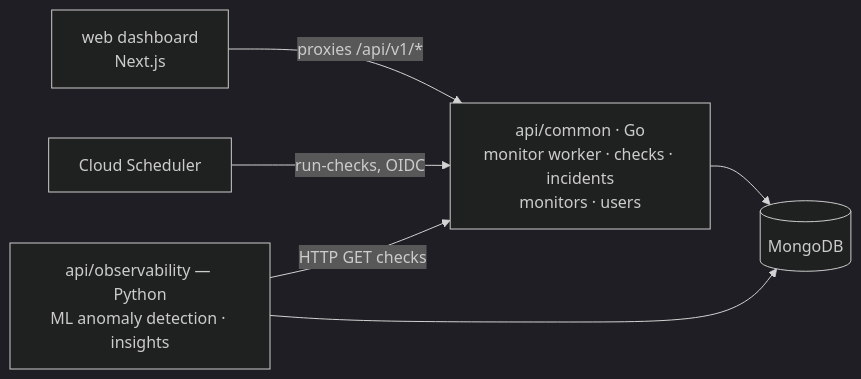
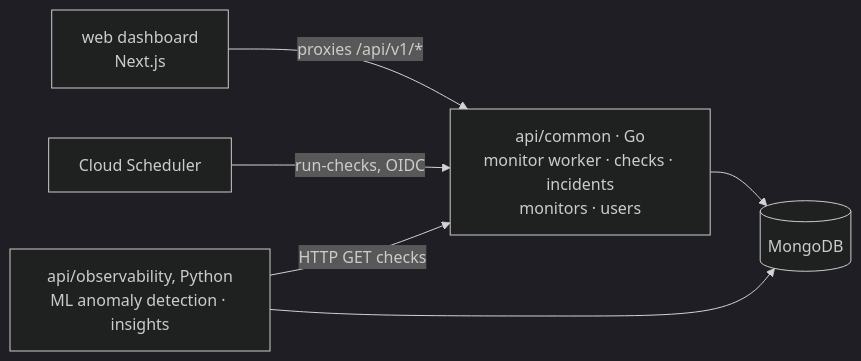
One commit to cuesoftinc/upstat changed the diagram in docs/overview.md. Above: the diagram before and after it, drawn with Mermaid (dark theme). The commit also changed other lines of this file and 24 other files, not shown here.

````diff
--- a/docs/overview.md
+++ b/docs/overview.md
@@ -9,8 +9,8 @@
 ```mermaid
 flowchart LR
     WEB[web dashboard<br/>Next.js] -->|proxies /api/v1/*| AC[api/common · Go<br/>monitor worker · checks · incidents<br/>monitors · users]
     SCH[Cloud Scheduler] -->|run-checks, OIDC| AC
-    OBS[api/observability — Python<br/>ML anomaly detection · insights] -->|HTTP GET checks| AC
+    OBS[api/observability, Python<br/>ML anomaly detection · insights] -->|HTTP GET checks| AC
     AC --> MG[(MongoDB)]
     OBS --> MG
 ```
````
